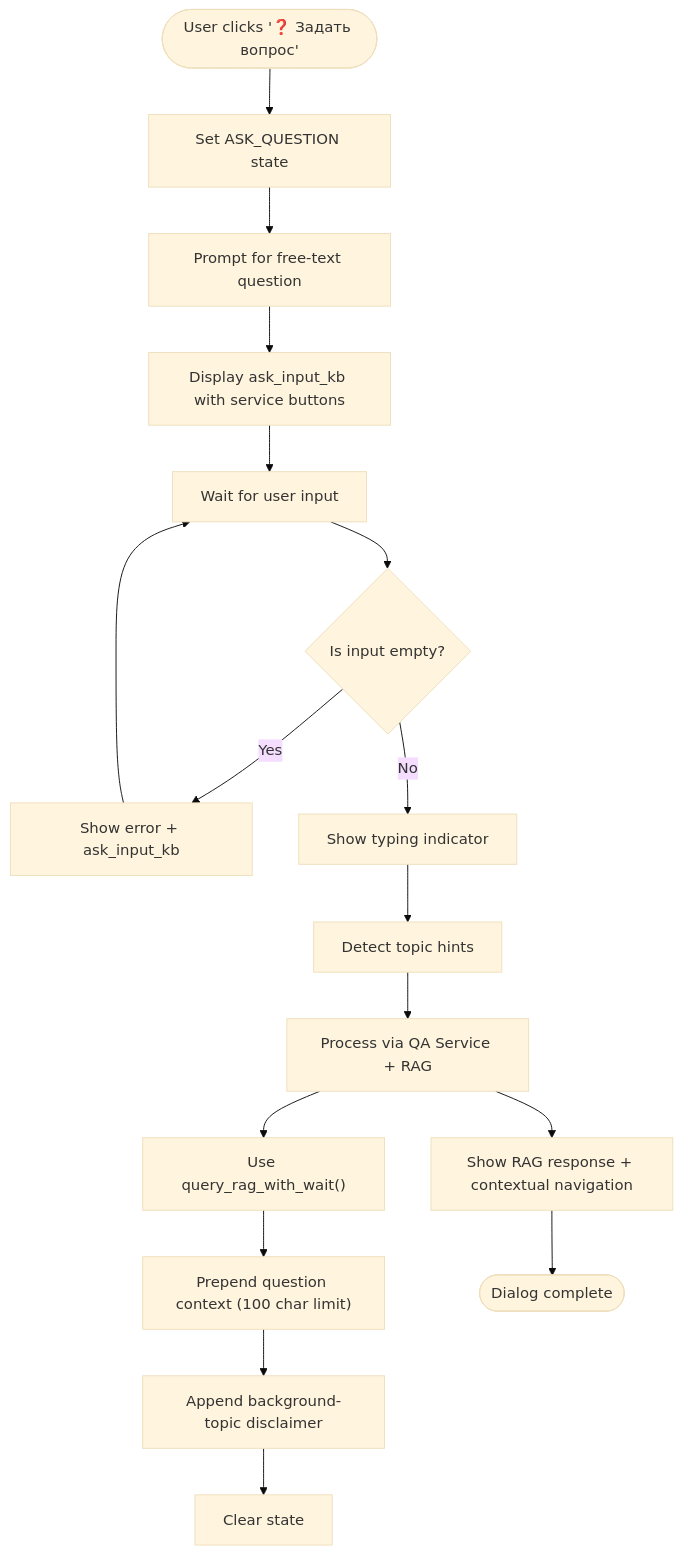
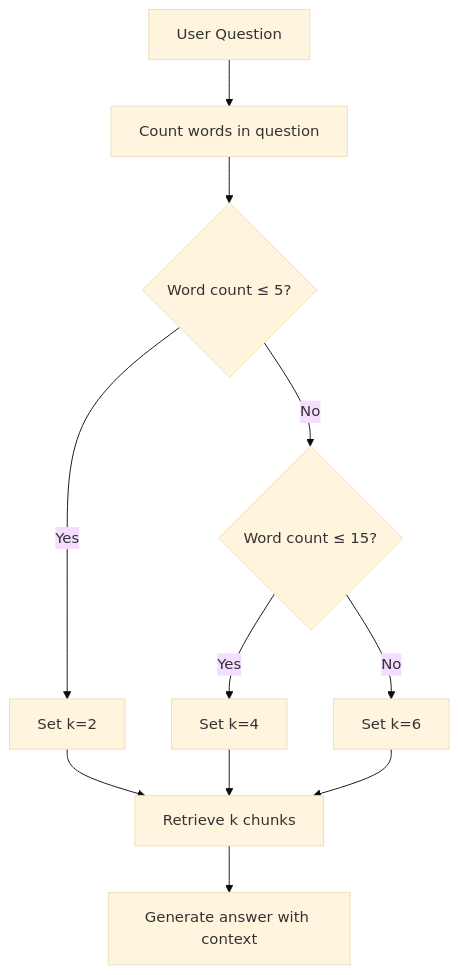
The fourth of 5 diagrams in .qoder/repowiki/en/content/RAG Integration/RAG Integration.md (ognelis/cafetera_hr_bot), drawn with Mermaid (base theme) before and after one commit. The commit also changed other lines of this file and 13 other files, not shown here.

````diff
--- a/.qoder/repowiki/en/content/RAG Integration/RAG Integration.md
+++ b/.qoder/repowiki/en/content/RAG Integration/RAG Integration.md
@@ -492,19 +467,13 @@
 ```mermaid
 flowchart TD
-Start(["User clicks '❓ Задать вопрос'"]) --> SetState["Set ASK_QUESTION state"]
-SetState --> Prompt["Prompt for free-text question"]
-Prompt --> ShowKB["Display ask_input_kb with service buttons"]
-ShowKB --> WaitInput["Wait for user input"]
-WaitInput --> Validate{"Is input empty?"}
-Validate --> |Yes| ShowError["Show error + ask_input_kb"]
-ShowError --> WaitInput
-Validate --> |No| ShowTyping["Show typing indicator"]
-ShowTyping --> DetectTopic["Detect topic hints"]
-DetectTopic --> ProcessQuestion["Process via QA Service + RAG"]
-ProcessQuestion --> QueryWait["Use query_rag_with_wait()"]
-QueryWait --> PrependQuestion["Prepend question context (100 char limit)"]
-PrependQuestion --> AppendDisclaimer["Append background-topic disclaimer"]
-AppendDisclaimer --> ClearState["Clear state"]
-ProcessQuestion --> ShowResponse["Show RAG response + contextual navigation"]
-ShowResponse --> End(["Dialog complete"])
+Question["User Question"] --> CountWords["Count words in question"]
+CountWords --> CheckShort{"Word count ≤ 5?"}
+CheckShort --> |Yes| SetK2["Set k=2"]
+CheckShort --> |No| CheckMedium{"Word count ≤ 15?"}
+CheckMedium --> |Yes| SetK4["Set k=4"]
+CheckMedium --> |No| SetK6["Set k=6"]
+SetK2 --> Retrieve["Retrieve k chunks"]
+SetK4 --> Retrieve
+SetK6 --> Retrieve
+Retrieve --> Answer["Generate answer with context"]
 ```
````
